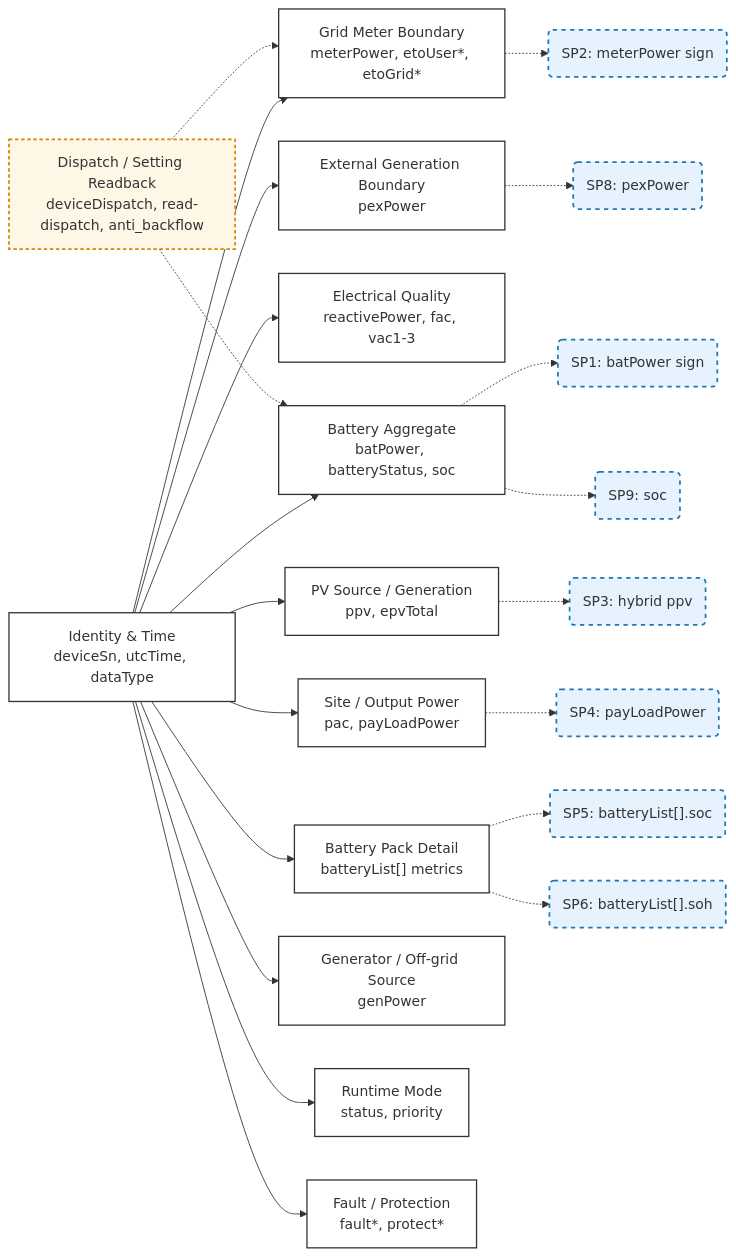
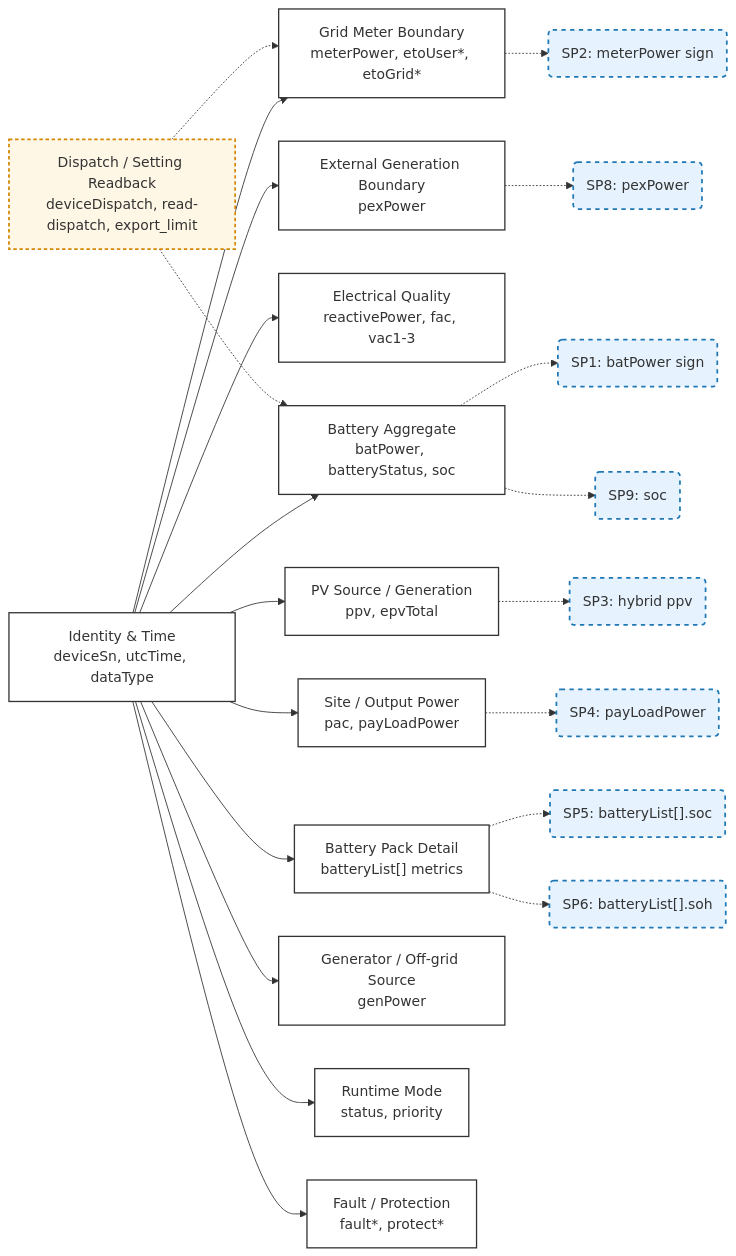
One commit to EugeneJian/growatt-unified-api changed the sixth of 8 diagrams in Growatt API/OPENAPI/13_ess_semantic_model.md. Above: the diagram before and after it, drawn with Mermaid. The commit also changed other lines of this file and 21 other files, not shown here.

````diff
--- a/Growatt API/OPENAPI/13_ess_semantic_model.md
+++ b/Growatt API/OPENAPI/13_ess_semantic_model.md
@@ -328,55 +328,55 @@
 ```mermaid
 flowchart LR
 
     classDef block fill:#ffffff,stroke:#333,stroke-width:1.5px;
     classDef semantic fill:#e6f3ff,stroke:#1f78b4,stroke-width:2px,stroke-dasharray: 5 5;
     classDef dispatch fill:#fff7e6,stroke:#d48806,stroke-width:2px,stroke-dasharray: 4 3;
 
     Meta["Identity & Time<br/>deviceSn, utcTime, dataType"]
     GridMeterBlock["Grid Meter Boundary<br/>meterPower, etoUser*, etoGrid*"]
     ExternalGenerationBlock["External Generation Boundary<br/>pexPower"]
     Electrical["Electrical Quality<br/>reactivePower, fac, vac1-3"]
     PVBlock["PV Source / Generation<br/>ppv, epvTotal"]
     SiteBlock["Site / Output Power<br/>pac, payLoadPower"]
     BatteryAgg["Battery Aggregate<br/>batPower, batteryStatus, soc"]
     BatteryPack["Battery Pack Detail<br/>batteryList[] metrics"]
     GeneratorBlock["Generator / Off-grid Source<br/>genPower"]
     Runtime["Runtime Mode<br/>status, priority"]
     Fault["Fault / Protection<br/>fault*, protect*"]
 
     SP1("SP1: batPower sign")
     SP2("SP2: meterPower sign")
     SP3("SP3: hybrid ppv")
     SP4("SP4: payLoadPower")
     SP5("SP5: batteryList[].soc")
     SP6("SP6: batteryList[].soh")
     SP8("SP8: pexPower")
     SP9("SP9: soc")
-    Dispatch["Dispatch / Setting Readback<br/>deviceDispatch, read-dispatch, anti_backflow"]
+    Dispatch["Dispatch / Setting Readback<br/>deviceDispatch, read-dispatch, export_limit"]
 
     Meta --> GridMeterBlock
     Meta --> ExternalGenerationBlock
     Meta --> Electrical
     Meta --> PVBlock
     Meta --> SiteBlock
     Meta --> BatteryAgg
     Meta --> BatteryPack
     Meta --> GeneratorBlock
     Meta --> Runtime
     Meta --> Fault
 
     GridMeterBlock -.-> SP2
     ExternalGenerationBlock -.-> SP8
     PVBlock -.-> SP3
     SiteBlock -.-> SP4
     BatteryAgg -.-> SP1
     BatteryAgg -.-> SP9
     BatteryPack -.-> SP5
     BatteryPack -.-> SP6
     Dispatch -.-> BatteryAgg
     Dispatch -.-> GridMeterBlock
 
     class Meta,GridMeterBlock,ExternalGenerationBlock,Electrical,PVBlock,SiteBlock,BatteryAgg,BatteryPack,GeneratorBlock,Runtime,Fault block;
     class SP1,SP2,SP3,SP4,SP5,SP6,SP8,SP9 semantic;
     class Dispatch dispatch;
 ```
````
